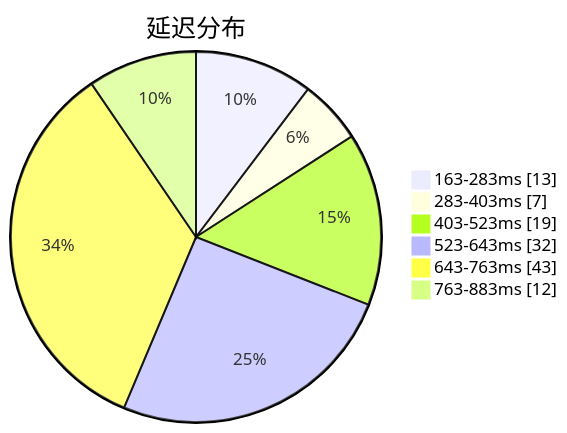
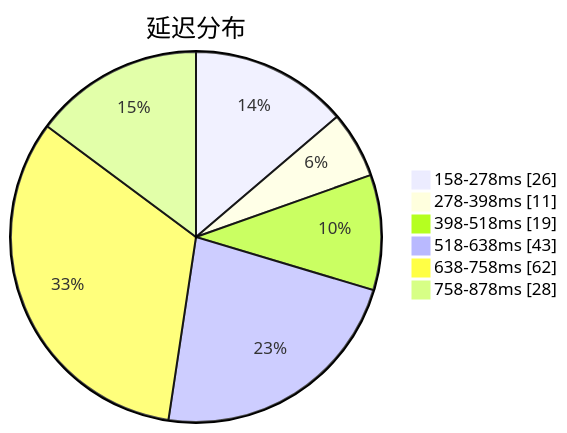
Before and after one commit to qjlxg/airport: the first of 3 diagrams in subs/statistics/tested_within.md, drawn with Mermaid. The commit also changed other lines of this file and 2 other files, not shown here.

````diff
--- a/subs/statistics/tested_within.md
+++ b/subs/statistics/tested_within.md
@@ -2,10 +2,10 @@
 ```mermaid
 pie showData
 title 延迟分布
-"163-283ms" : 13
-"283-403ms" : 7
-"403-523ms" : 19
-"523-643ms" : 32
-"643-763ms" : 43
-"763-883ms" : 12
+"158-278ms" : 26
+"278-398ms" : 11
+"398-518ms" : 19
+"518-638ms" : 43
+"638-758ms" : 62
+"758-878ms" : 28
 ```
````
